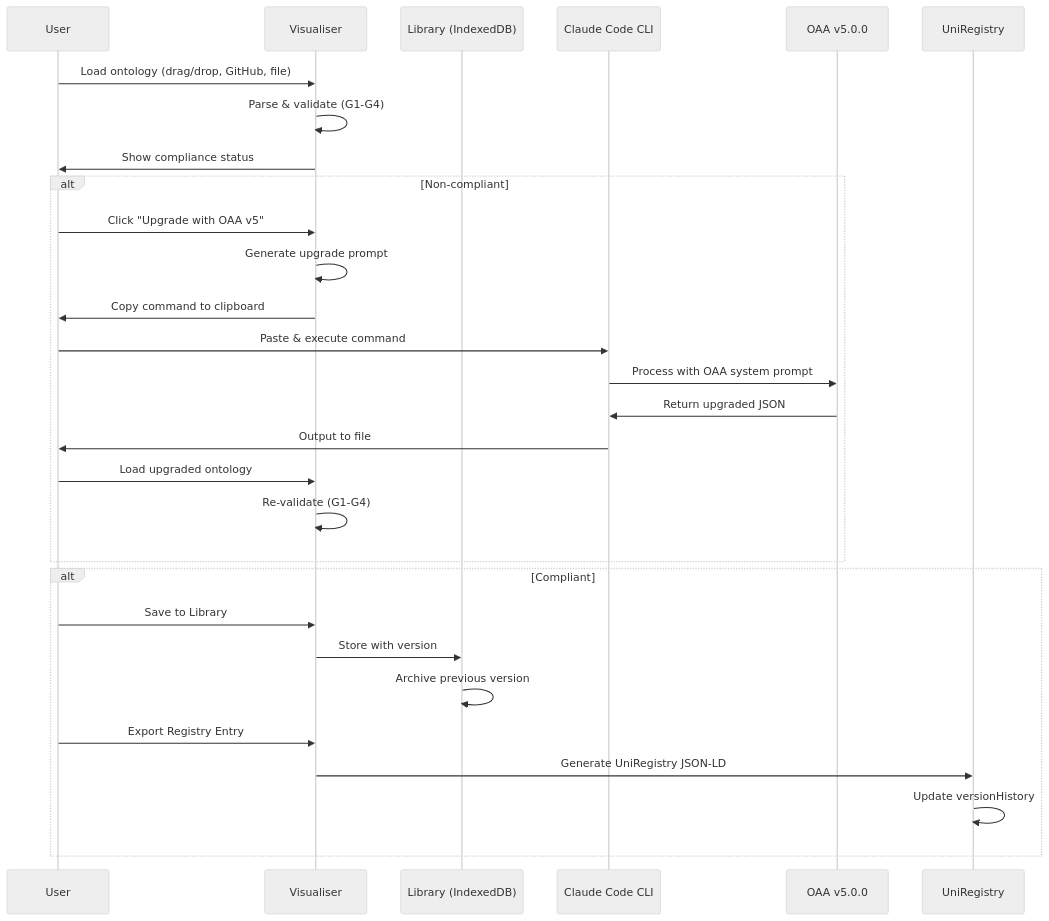
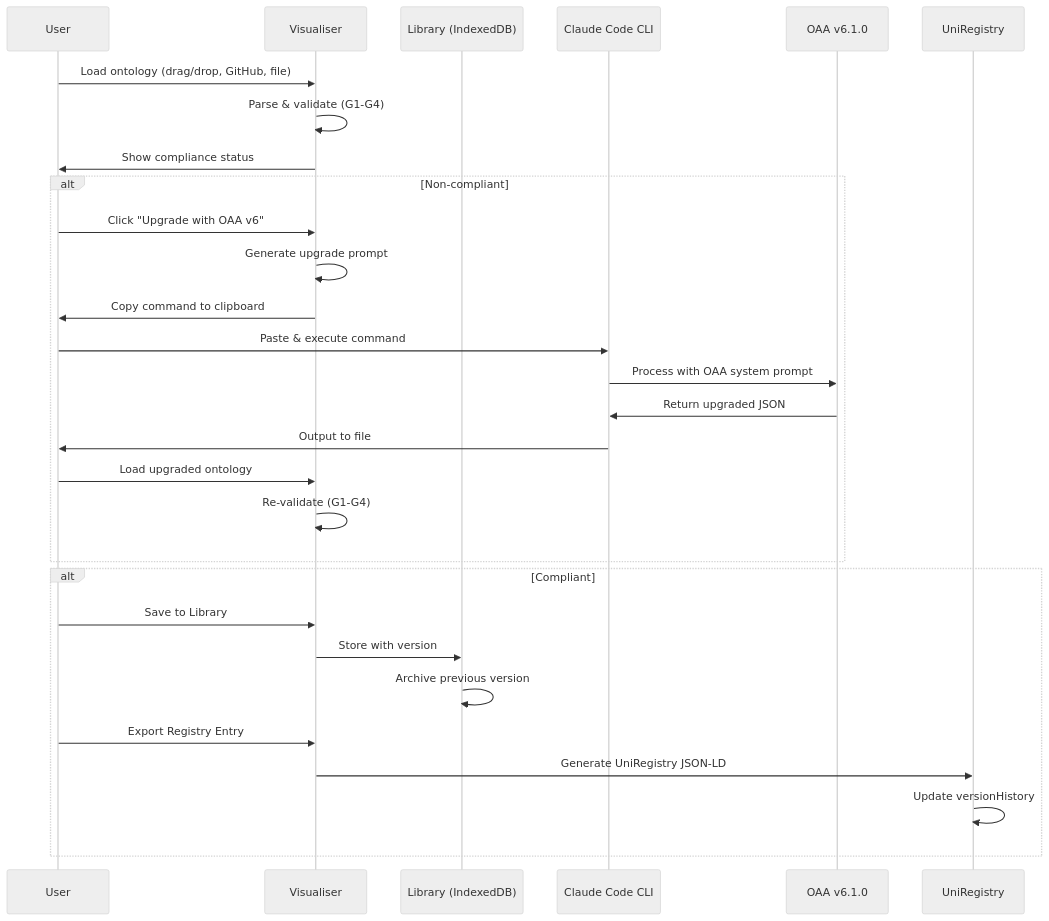
Before and after one commit to ajrmooreuk/Azlan-EA-AAA: the second of 4 diagrams in PBS/TOOLS/ontology-visualiser/OAA-WORKBENCH-GUIDE.md, drawn with Mermaid (neutral theme). The commit also changed other lines of this file and 4 other files, not shown here.

````diff
--- a/PBS/TOOLS/ontology-visualiser/OAA-WORKBENCH-GUIDE.md
+++ b/PBS/TOOLS/ontology-visualiser/OAA-WORKBENCH-GUIDE.md
@@ -62,34 +62,34 @@
 ```mermaid
 sequenceDiagram
     participant U as User
     participant V as Visualiser
     participant L as Library (IndexedDB)
     participant C as Claude Code CLI
-    participant O as OAA v5.0.0
+    participant O as OAA v6.1.0
     participant R as UniRegistry
 
     U->>V: Load ontology (drag/drop, GitHub, file)
     V->>V: Parse & validate (G1-G4)
     V->>U: Show compliance status
 
     alt Non-compliant
-        U->>V: Click "Upgrade with OAA v5"
+        U->>V: Click "Upgrade with OAA v6"
         V->>V: Generate upgrade prompt
         V->>U: Copy command to clipboard
         U->>C: Paste & execute command
         C->>O: Process with OAA system prompt
         O->>C: Return upgraded JSON
         C->>U: Output to file
         U->>V: Load upgraded ontology
         V->>V: Re-validate (G1-G4)
     end
 
     alt Compliant
         U->>V: Save to Library
         V->>L: Store with version
         L->>L: Archive previous version
         U->>V: Export Registry Entry
         V->>R: Generate UniRegistry JSON-LD
         R->>R: Update versionHistory
     end
 ```
````
